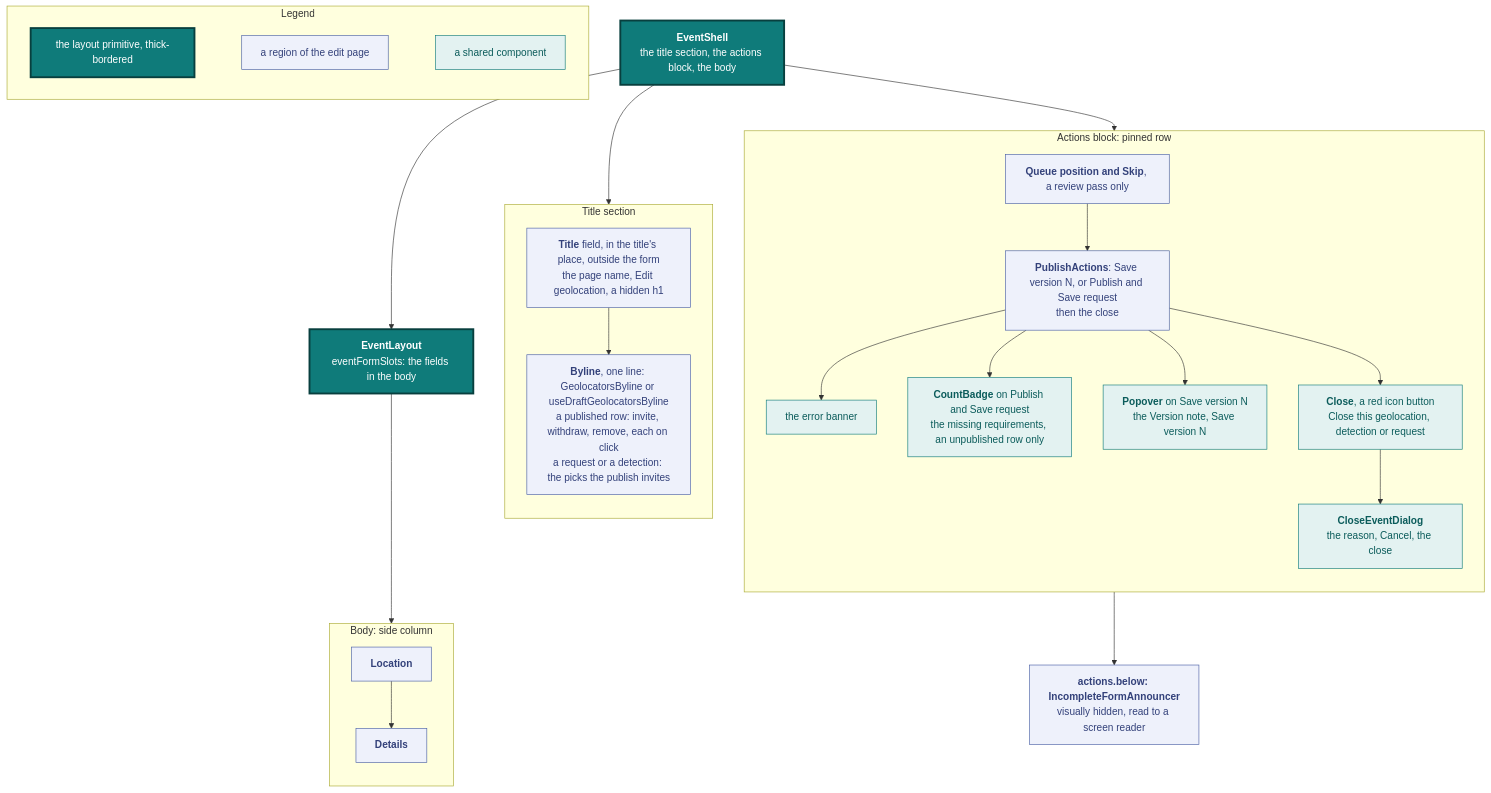
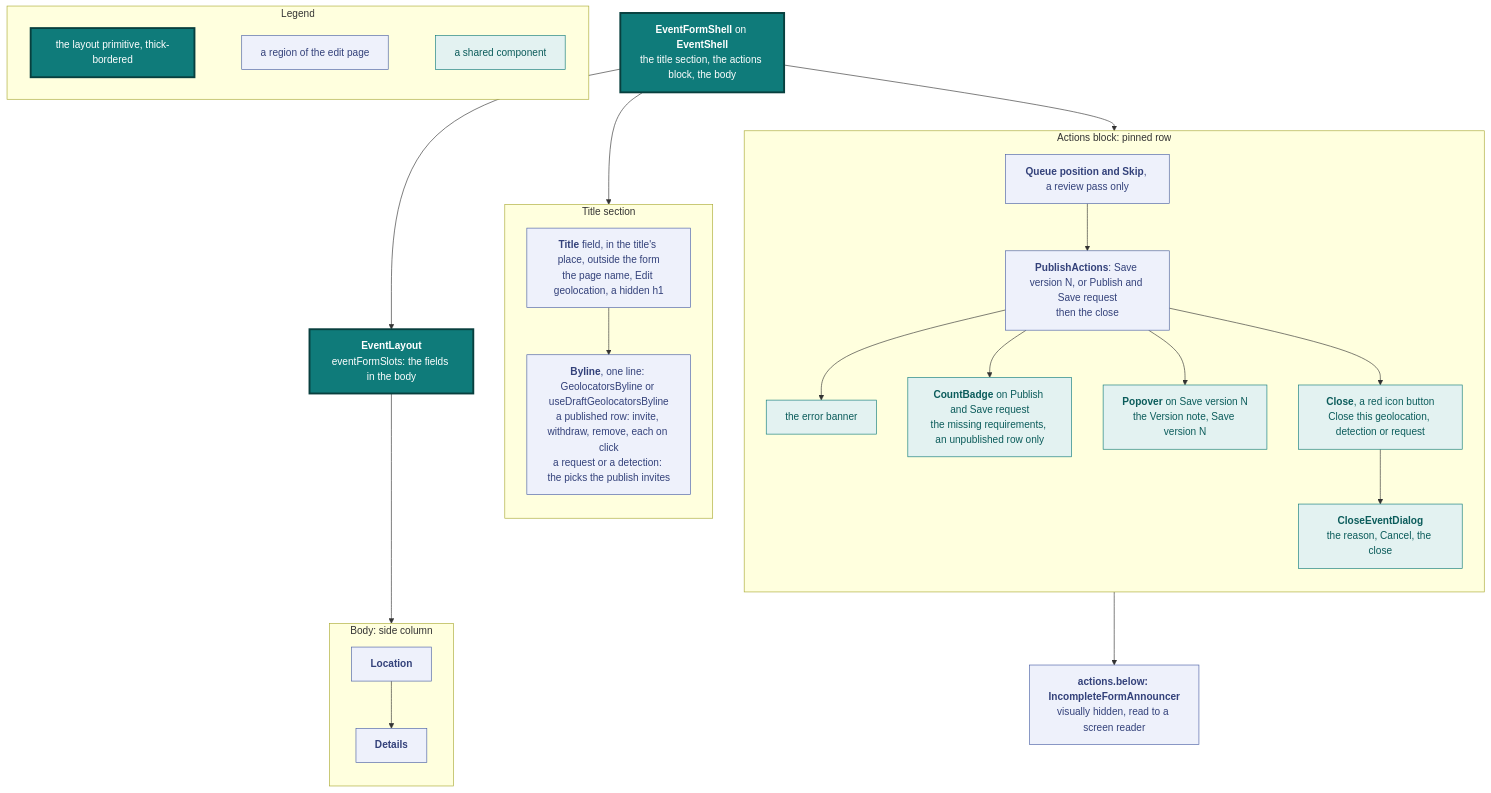
One commit to vidithq/vidit changed diagram 11 of 16 in docs/design.md. Above: the diagram before and after it, drawn with Mermaid. The commit also changed other lines of this file and 25 other files, not shown here.

First line of the commit message:
refactor(frontend): one shell for the event forms and read pages

````diff
--- a/docs/design.md
+++ b/docs/design.md
@@ -1046,63 +1046,63 @@
 ```mermaid
 flowchart TB
   classDef spec fill:#eef1fb,stroke:#4a5fa5,color:#33417a
   classDef shared fill:#e3f2f1,stroke:#0f7b7a,color:#0b5c5b
   classDef core fill:#0f7b7a,stroke:#083f3e,stroke-width:3px,color:#ffffff
 
   subgraph legend [Legend]
     direction LR
     l1["`the layout primitive, thick-bordered`"]:::core
     l2["`a region of the edit page`"]:::spec
     l3["`a shared component`"]:::shared
     l1 ~~~ l2 ~~~ l3
   end
 
-  shell["`**EventShell**
+  shell["`**EventFormShell** on **EventShell**
   the title section, the actions block, the body`"]:::core
   layout["`**EventLayout**
   eventFormSlots: the fields in the body`"]:::core
 
   subgraph titlesection [Title section]
     direction TB
     title["`**Title** field, in the title's place, outside the form
     the page name, Edit geolocation, a hidden h1`"]:::spec
     byline["`**Byline**, one line: GeolocatorsByline or useDraftGeolocatorsByline
     a published row: invite, withdraw, remove, each on click
     a request or a detection: the picks the publish invites`"]:::spec
     title --> byline
   end
 
   subgraph rail [Actions block: pinned row]
     direction TB
     queue["`**Queue position and Skip**, a review pass only`"]:::spec
     actions["`**PublishActions**: Save version N, or Publish and Save request
     then the close`"]:::spec
     count["`**CountBadge** on Publish and Save request
     the missing requirements, an unpublished row only`"]:::shared
     banner["`the error banner`"]:::shared
     popover["`**Popover** on Save version N
     the Version note, Save version N`"]:::shared
     close["`**Close**, a red icon button
     Close this geolocation, detection or request`"]:::shared
     dialog["`**CloseEventDialog**
     the reason, Cancel, the close`"]:::shared
     queue --> actions --> banner
     actions --> count
     actions --> popover
     actions --> close --> dialog
   end
 
   note["`**actions.below: IncompleteFormAnnouncer**
   visually hidden, read to a screen reader`"]:::spec
 
   subgraph side [Body: side column]
     direction TB
     location["`**Location**`"]:::spec
     details["`**Details**`"]:::spec
     location --> details
   end
 
   shell --> titlesection
   shell --> rail --> note
   shell --> layout --> side
 ```
````
